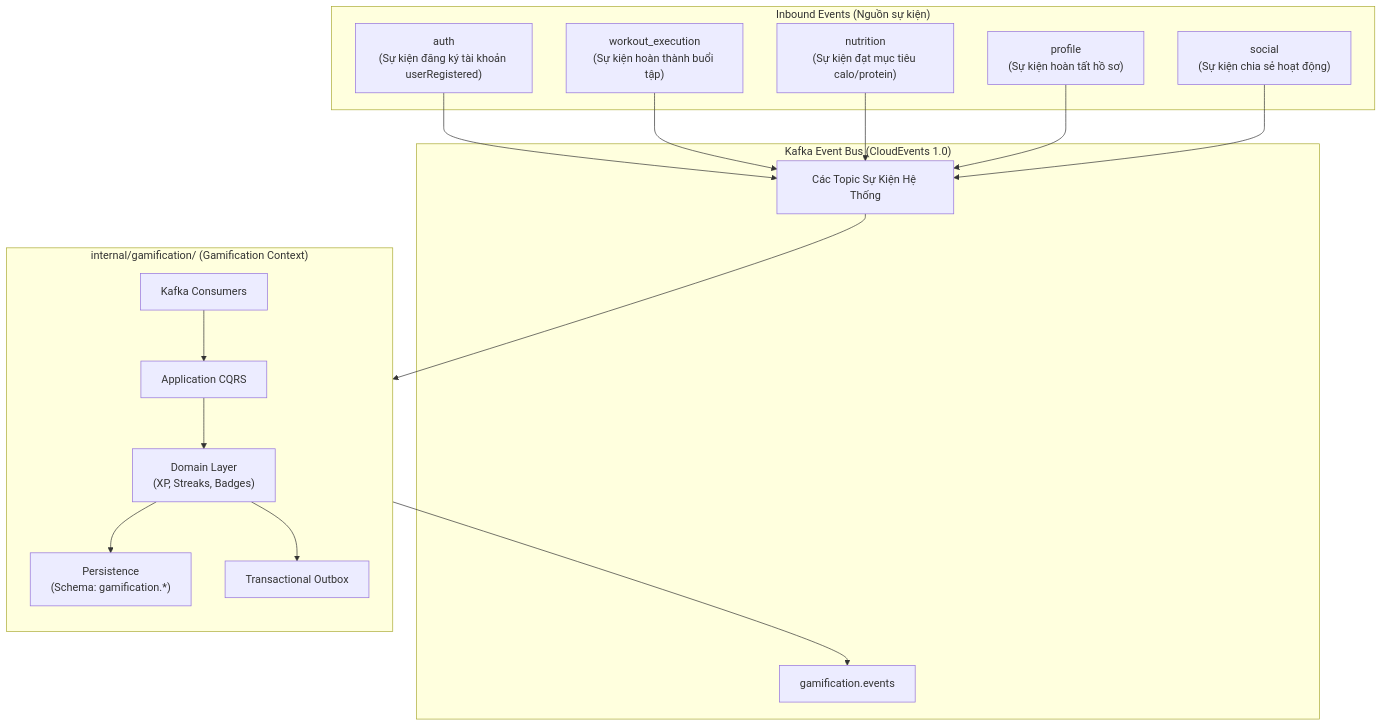
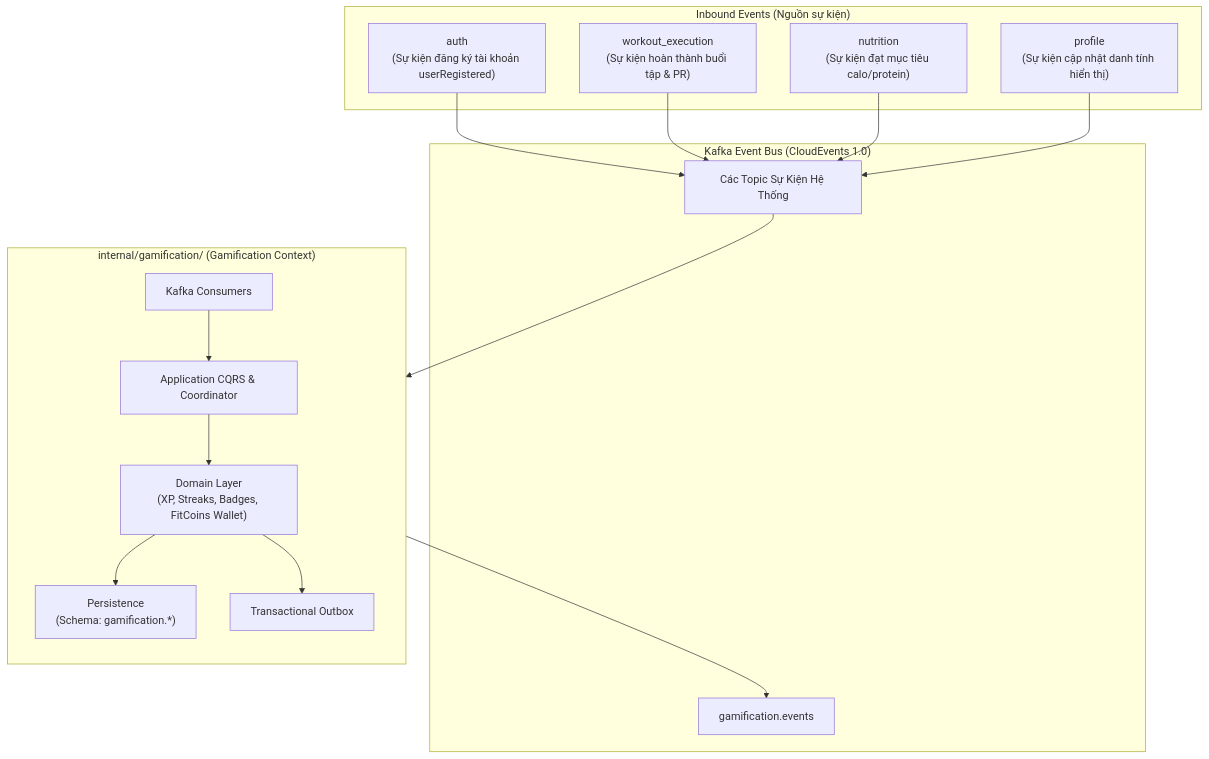
Before and after one commit to viethung213/gym-companion: the diagram in internal/gamification/docs/architecture.md, drawn with Mermaid. The commit also changed other lines of this file and 4 other files, not shown here.

Commit message:
📝 docs(gamification): sync fitcoins wallet architecture, spec, design, and task docs

````diff
--- a/internal/gamification/docs/architecture.md
+++ b/internal/gamification/docs/architecture.md
@@ -13,29 +13,28 @@
 ```mermaid
 flowchart TD
     subgraph CoreDomains["Inbound Events (Nguồn sự kiện)"]
         AU["auth<br/>(Sự kiện đăng ký tài khoản userRegistered)"]
-        WE["workout_execution<br/>(Sự kiện hoàn thành buổi tập)"]
+        WE["workout_execution<br/>(Sự kiện hoàn thành buổi tập & PR)"]
         NU["nutrition<br/>(Sự kiện đạt mục tiêu calo/protein)"]
-        PR["profile<br/>(Sự kiện hoàn tất hồ sơ)"]
-        SO["social<br/>(Sự kiện chia sẻ hoạt động)"]
+        PR["profile<br/>(Sự kiện cập nhật danh tính hiển thị)"]
     end
 
     subgraph EventBus["Kafka Event Bus (CloudEvents 1.0)"]
         TOPIC_IN["Các Topic Sự Kiện Hệ Thống"]
         TOPIC_GA["gamification.events"]
     end
 
     subgraph GamificationContext["internal/gamification/ (Gamification Context)"]
         direction TB
         G_CONSUMER["Kafka Consumers"]
-        G_APP["Application CQRS"]
-        G_DOMAIN["Domain Layer<br/>(XP, Streaks, Badges)"]
+        G_APP["Application CQRS & Coordinator"]
+        G_DOMAIN["Domain Layer<br/>(XP, Streaks, Badges, FitCoins Wallet)"]
         G_REPO["Persistence<br/>(Schema: gamification.*)"]
         G_OUTBOX["Transactional Outbox"]
     end
 
-    AU & WE & NU & PR & SO --> TOPIC_IN
+    AU & WE & NU & PR --> TOPIC_IN
     TOPIC_IN --> G_CONSUMER
     G_CONSUMER --> G_APP --> G_DOMAIN --> G_REPO
     G_DOMAIN --> G_OUTBOX --> TOPIC_GA
 ```
````
